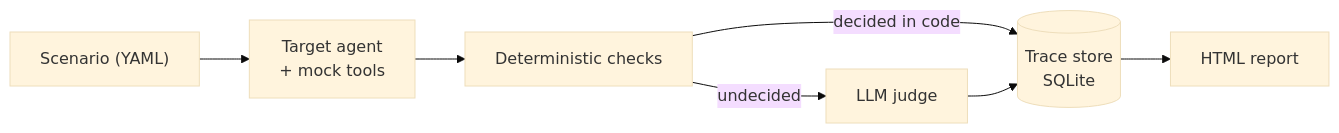
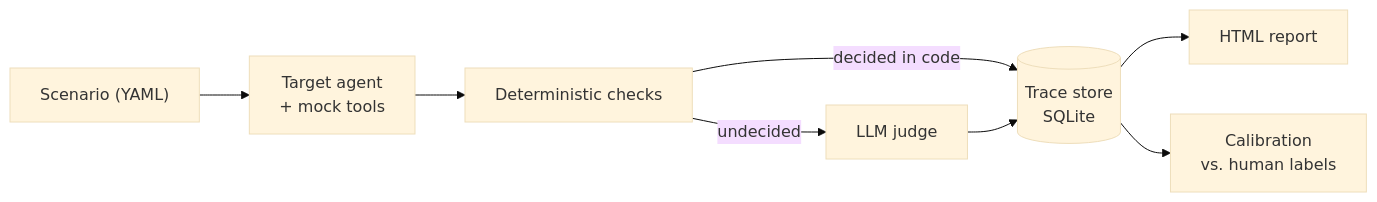
Before and after one commit to chagitmi/HebJudge: the diagram in README.md, drawn with Mermaid (base theme). The commit also changed other lines of this file, not shown here.

````diff
--- a/README.md
+++ b/README.md
@@ -70,9 +92,10 @@
 ```mermaid
 flowchart LR
     S["Scenario (YAML)"] --> A["Target agent<br/>+ mock tools"]
     A --> C["Deterministic checks"]
     C -->|"decided in code"| T[("Trace store<br/>SQLite")]
     C -->|"undecided"| J["LLM judge"]
     J --> T
     T --> R["HTML report"]
+    T --> K["Calibration<br/>vs. human labels"]
 ```
````
